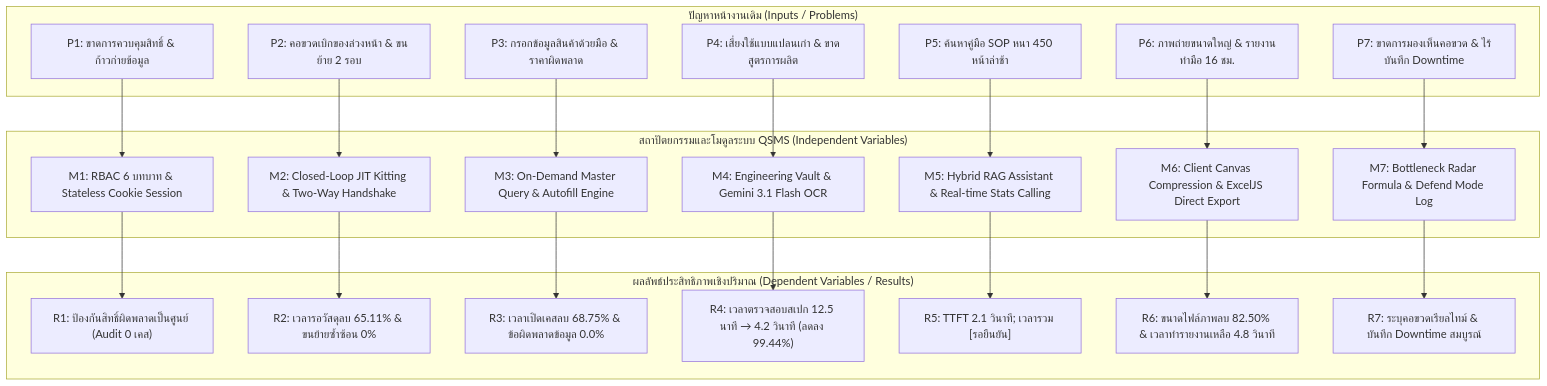
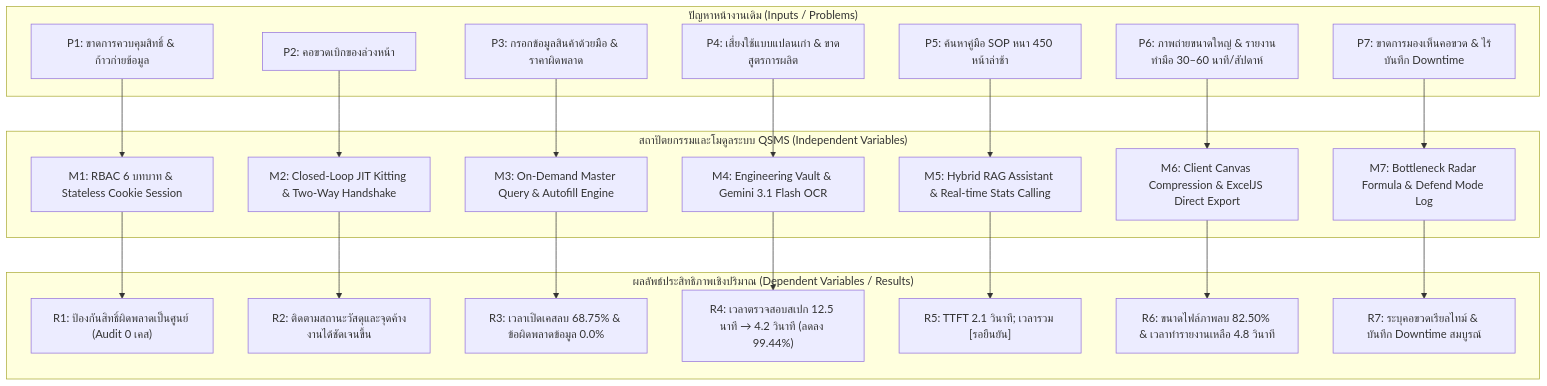
The first of 7 diagrams in QSMS_Thesis_Complete_Document.md (yean30102546-rgb/QSMS_project), drawn with Mermaid before and after one commit. The commit also changed other lines of this file and 39 other files, not shown here.

````diff
--- a/QSMS_Thesis_Complete_Document.md
+++ b/QSMS_Thesis_Complete_Document.md
@@ -478,40 +507,40 @@
 ```mermaid
 graph TD
     subgraph Inputs["ปัญหาหน้างานเดิม (Inputs / Problems)"]
         In1["P1: ขาดการควบคุมสิทธิ์ & ก้าวก่ายข้อมูล"]
-        In2["P2: คอขวดเบิกของล่วงหน้า & ขนย้าย 2 รอบ"]
+        In2["P2: คอขวดเบิกของล่วงหน้า"]
         In3["P3: กรอกข้อมูลสินค้าด้วยมือ & ราคาผิดพลาด"]
         In4["P4: เสี่ยงใช้แบบแปลนเก่า & ขาดสูตรการผลิต"]
         In5["P5: ค้นหาคู่มือ SOP หนา 450 หน้าล่าช้า"]
-        In6["P6: ภาพถ่ายขนาดใหญ่ & รายงานทำมือ 16 ชม."]
+        In6["P6: ภาพถ่ายขนาดใหญ่ & รายงานทำมือ 30–60 นาที/สัปดาห์"]
         In7["P7: ขาดการมองเห็นคอขวด & ไร้บันทึก Downtime"]
     end
 
     subgraph Process["สถาปัตยกรรมและโมดูลระบบ QSMS (Independent Variables)"]
         M1["M1: RBAC 6 บทบาท & Stateless Cookie Session"]
         M2["M2: Closed-Loop JIT Kitting & Two-Way Handshake"]
         M3["M3: On-Demand Master Query & Autofill Engine"]
         M4["M4: Engineering Vault & Gemini 3.1 Flash OCR"]
         M5["M5: Hybrid RAG Assistant & Real-time Stats Calling"]
         M6["M6: Client Canvas Compression & ExcelJS Direct Export"]
         M7["M7: Bottleneck Radar Formula & Defend Mode Log"]
     end
 
     subgraph Outputs["ผลลัพธ์ประสิทธิภาพเชิงปริมาณ (Dependent Variables / Results)"]
         Out1["R1: ป้องกันสิทธิ์ผิดพลาดเป็นศูนย์ (Audit 0 เคส)"]
-        Out2["R2: เวลารอวัสดุลบ 65.11% & ขนย้ายซ้ำซ้อน 0%"]
+        Out2["R2: ติดตามสถานะวัสดุและจุดค้างงานได้ชัดเจนขึ้น"]
         Out3["R3: เวลาเปิดเคสลบ 68.75% & ข้อผิดพลาดข้อมูล 0.0%"]
         Out4["R4: เวลาตรวจสอบสเปก 12.5 นาที → 4.2 วินาที (ลดลง 99.44%)"]
         Out5["R5: TTFT 2.1 วินาที; เวลารวม [รอยืนยัน]"]
         Out6["R6: ขนาดไฟล์ภาพลบ 82.50% & เวลาทำรายงานเหลือ 4.8 วินาที"]
         Out7["R7: ระบุคอขวดเรียลไทม์ & บันทึก Downtime สมบูรณ์"]
     end
 
     In1 --> M1 --> Out1
     In2 --> M2 --> Out2
     In3 --> M3 --> Out3
     In4 --> M4 --> Out4
     In5 --> M5 --> Out5
     In6 --> M6 --> Out6
     In7 --> M7 --> Out7
 ```
````
